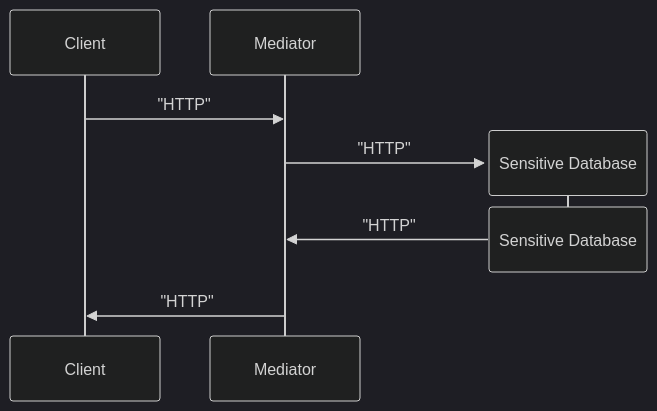
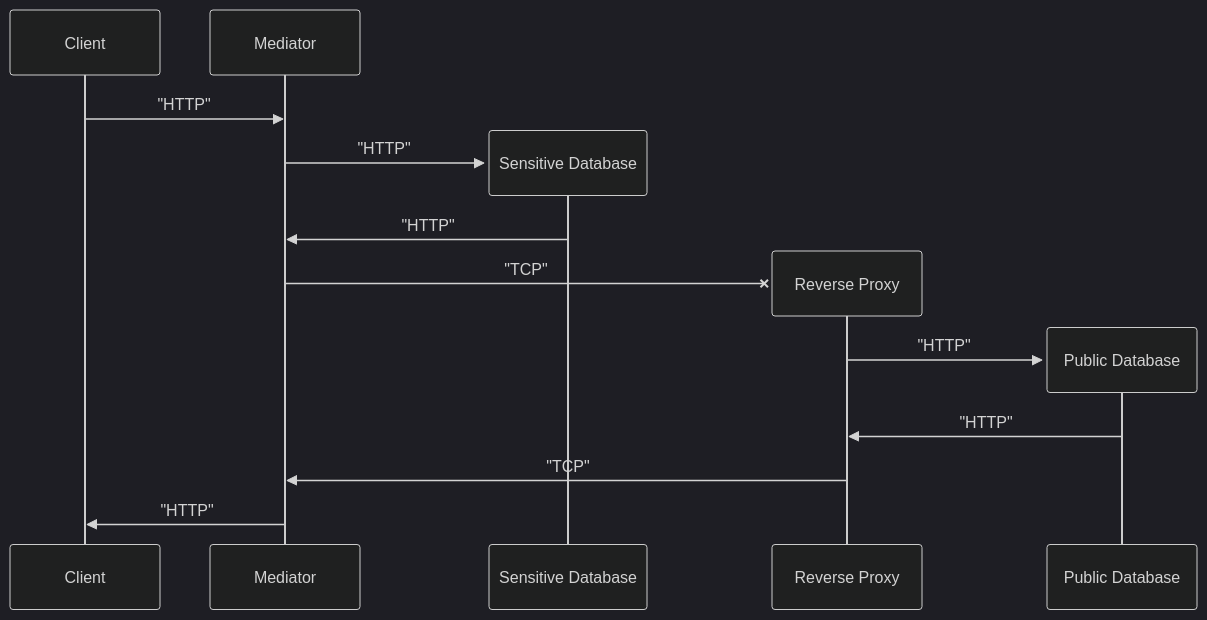
Before and after one commit to SHerlihy/service-architecture-project: the second of 2 diagrams in README.md, drawn with Mermaid (dark theme).

Commit message:
no destroy

````diff
--- a/README.md
+++ b/README.md
@@ -38,13 +38,19 @@
 ```mermaid
 sequenceDiagram
     participant cli as Client
     participant med as Mediator
     cli->>med: "HTTP"
 
     create participant sens as Sensitive Database
     med->>sens: "HTTP"
-    destroy sens
     sens->>med: "HTTP"
+
+    create participant rev as Reverse Proxy
+    med-xrev: "TCP"
+    create participant pub as Public Database
+    rev->>pub: "HTTP"
+    pub->>rev:"HTTP"
+    rev->>med:"TCP"
 
     med->>cli: "HTTP"
 ```
````
